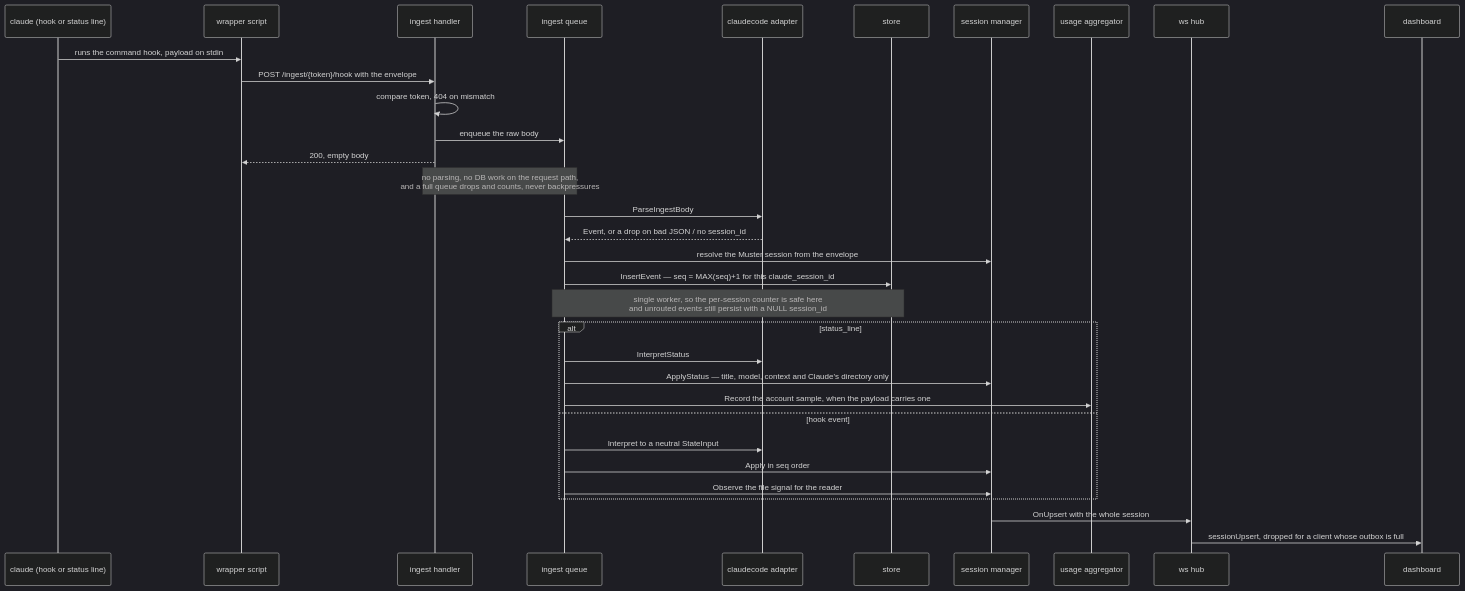
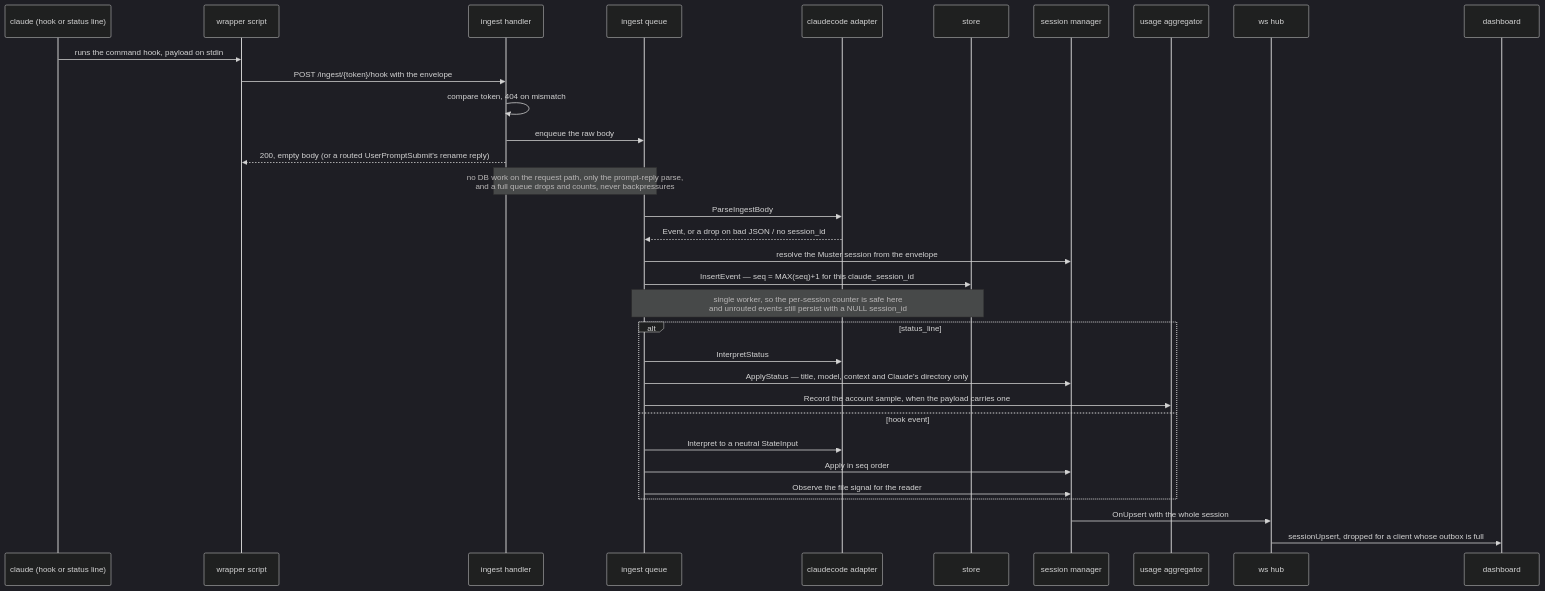
One commit to Zalaras/muster changed the diagram in docs/features/ingest/spec.md. Above: the diagram before and after it, drawn with Mermaid (dark theme). The commit also changed other lines of this file and 57 other files, not shown here.

````diff
--- a/docs/features/ingest/spec.md
+++ b/docs/features/ingest/spec.md
@@ -62,39 +67,39 @@
 ```mermaid
 sequenceDiagram
     participant CC as claude (hook or status line)
     participant W as wrapper script
     participant H as ingest handler
     participant Q as ingest queue
     participant A as claudecode adapter
     participant DB as store
     participant M as session manager
     participant U as usage aggregator
     participant HUB as ws hub
     participant UI as dashboard
 
     CC->>W: runs the command hook, payload on stdin
     W->>H: POST /ingest/{token}/hook with the envelope
     H->>H: compare token, 404 on mismatch
     H->>Q: enqueue the raw body
-    H-->>W: 200, empty body
-    Note over H,Q: no parsing, no DB work on the request path,<br/>and a full queue drops and counts, never backpressures
+    H-->>W: 200, empty body (or a routed UserPromptSubmit's rename reply)
+    Note over H,Q: no DB work on the request path, only the prompt-reply parse,<br/>and a full queue drops and counts, never backpressures
 
     Q->>A: ParseIngestBody
     A-->>Q: Event, or a drop on bad JSON / no session_id
     Q->>M: resolve the Muster session from the envelope
     Q->>DB: InsertEvent — seq = MAX(seq)+1 for this claude_session_id
     Note over Q,DB: single worker, so the per-session counter is safe here<br/>and unrouted events still persist with a NULL session_id
 
     alt status_line
         Q->>A: InterpretStatus
         Q->>M: ApplyStatus — title, model, context and Claude's directory only
         Q->>U: Record the account sample, when the payload carries one
     else hook event
         Q->>A: Interpret to a neutral StateInput
         Q->>M: Apply in seq order
         Q->>M: Observe the file signal for the reader
     end
 
     M->>HUB: OnUpsert with the whole session
     HUB->>UI: sessionUpsert, dropped for a client whose outbox is full
 ```
````
